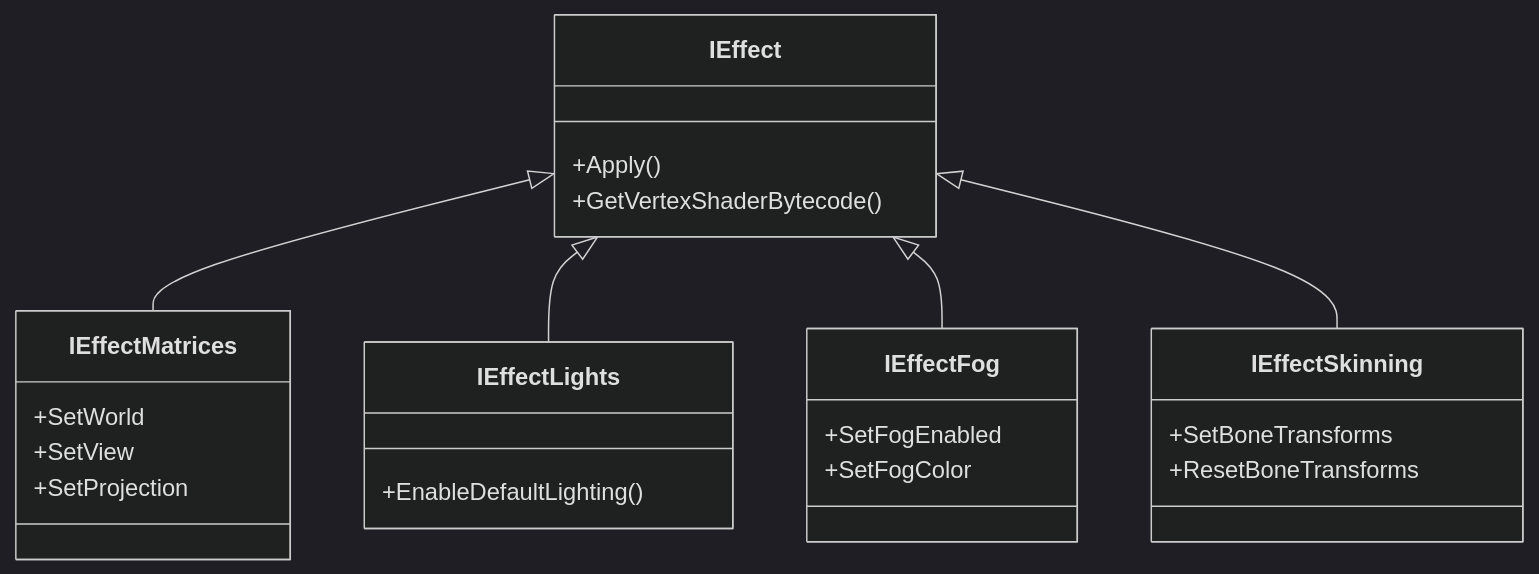
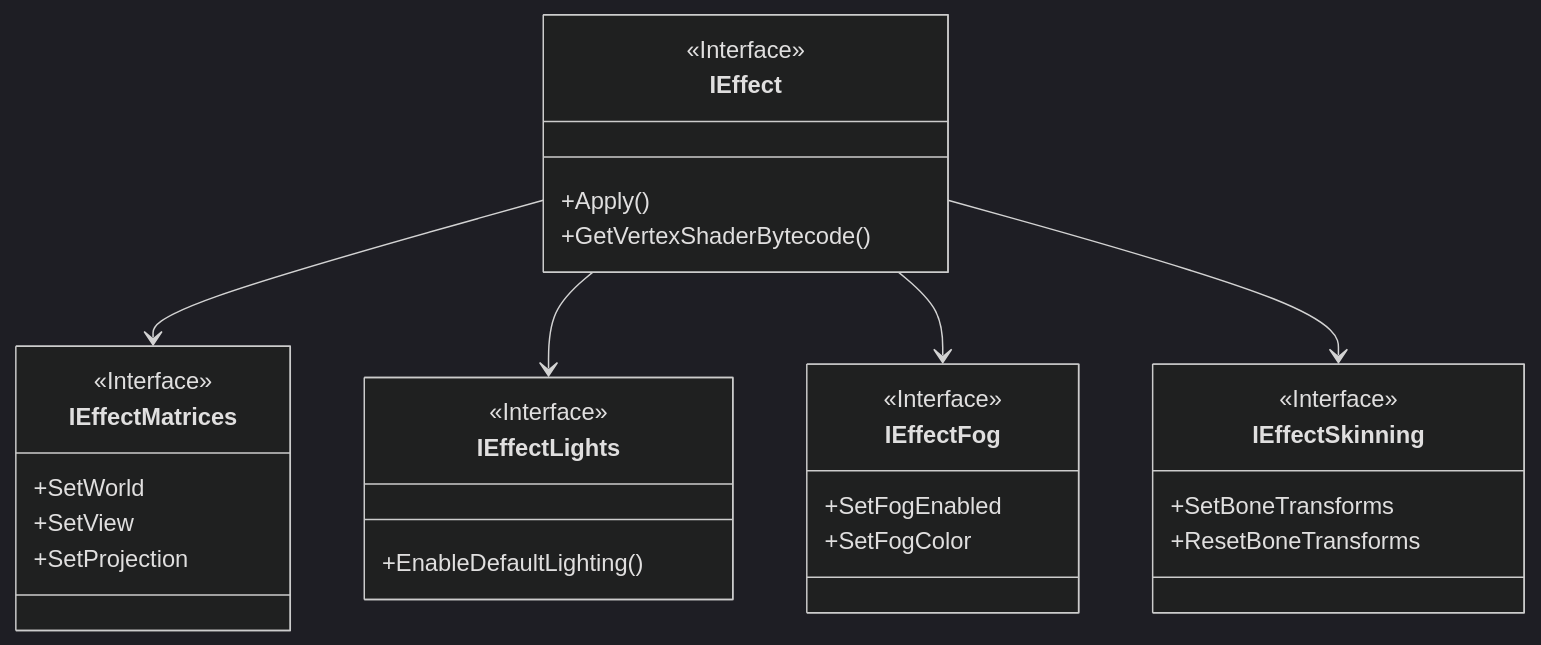
The diagram in IEffect.md (neogrammer/Wiki), drawn with Mermaid (dark theme) before and after one commit.

Commit message:
Updated IEffect (markdown)

````diff
--- a/IEffect.md
+++ b/IEffect.md
@@ -10,27 +10,32 @@
 ```mermaid
 classDiagram
 class IEffect{
+    <<Interface>>
     +Apply()
     +GetVertexShaderBytecode()
 }
 class IEffectMatrices{
+    <<Interface>>
     +SetWorld
     +SetView
     +SetProjection
 }
 class IEffectLights{
+    <<Interface>>
     +EnableDefaultLighting()
 }
 class IEffectFog{
+    <<Interface>>
     +SetFogEnabled
     +SetFogColor
 }
 class IEffectSkinning{
+    <<Interface>>
     +SetBoneTransforms
     +ResetBoneTransforms
 }
-IEffect <|-- IEffectMatrices
-IEffect <|-- IEffectLights
-IEffect <|-- IEffectFog
-IEffect <|-- IEffectSkinning
+IEffect --> IEffectMatrices
+IEffect --> IEffectLights
+IEffect --> IEffectFog
+IEffect --> IEffectSkinning
 ```
````
